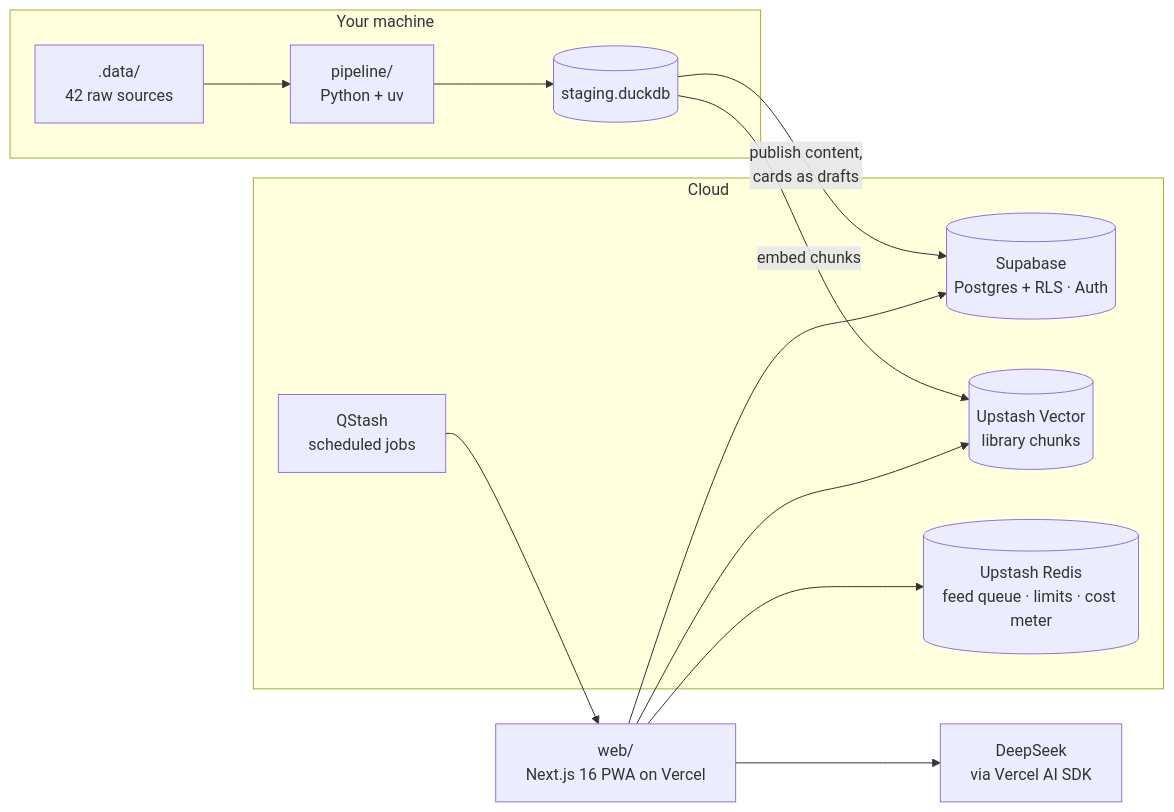
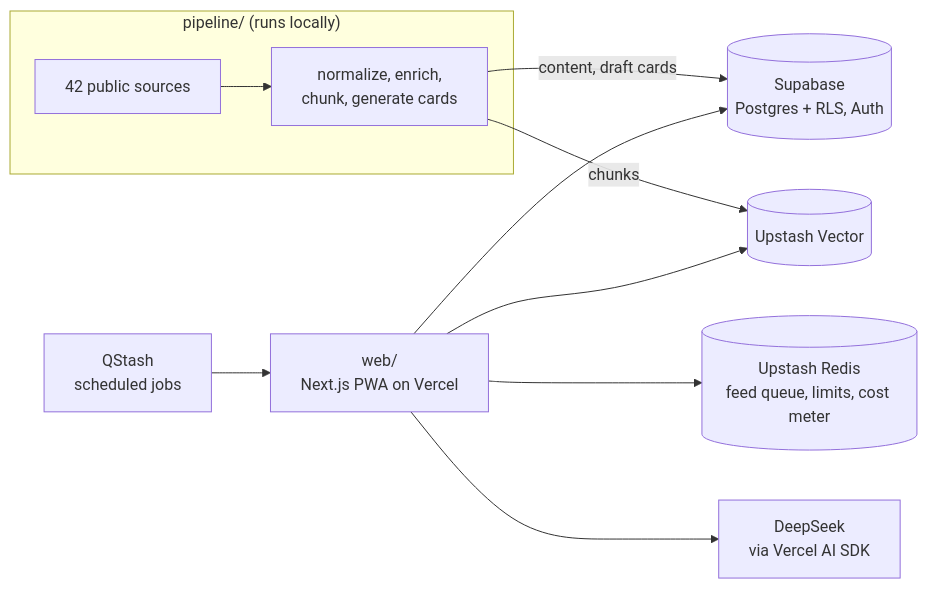
The diagram in README.md (Am4nn/90X), drawn with Mermaid before and after one commit. The commit also changed other lines of this file and 2 other files, not shown here.

````diff
--- a/README.md
+++ b/README.md
@@ -47,21 +47,15 @@
 ```mermaid
 flowchart LR
-  subgraph Local["Your machine"]
-    RAW[".data/<br/>42 raw sources"] --> PIPE["pipeline/<br/>Python + uv"]
-    PIPE --> STG[("staging.duckdb")]
+  subgraph Pipeline["pipeline/ (runs locally)"]
+    SRC["42 public sources"] --> PIPE["normalize, enrich,<br/>chunk, generate cards"]
   end
 
-  subgraph Cloud
-    SB[("Supabase<br/>Postgres + RLS · Auth")]
-    VEC[("Upstash Vector<br/>library chunks")]
-    RED[("Upstash Redis<br/>feed queue · limits · cost meter")]
-    QS["QStash<br/>scheduled jobs"]
-  end
+  PIPE -- "content, draft cards" --> DB[("Supabase<br/>Postgres + RLS, Auth")]
+  PIPE -- "chunks" --> VEC[("Upstash Vector")]
 
-  STG -- "publish content,<br/>cards as drafts" --> SB
-  STG -- "embed chunks" --> VEC
-
-  WEB["web/<br/>Next.js 16 PWA on Vercel"] --> SB & RED & VEC
-  WEB --> AI["DeepSeek<br/>via Vercel AI SDK"]
-  QS --> WEB
+  APP["web/<br/>Next.js PWA on Vercel"] --> DB
+  APP --> VEC
+  APP --> RED[("Upstash Redis<br/>feed queue, limits, cost meter")]
+  APP --> AI["DeepSeek<br/>via Vercel AI SDK"]
+  QS["QStash<br/>scheduled jobs"] --> APP
 ```
````
